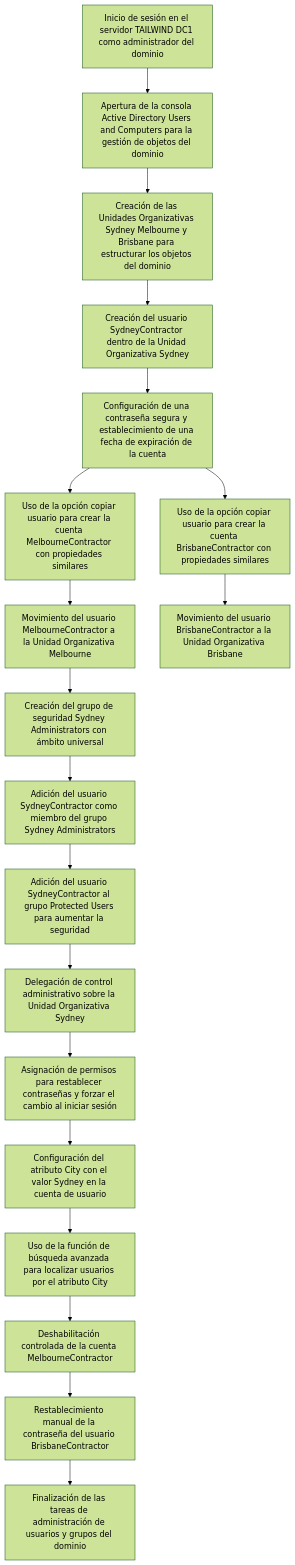
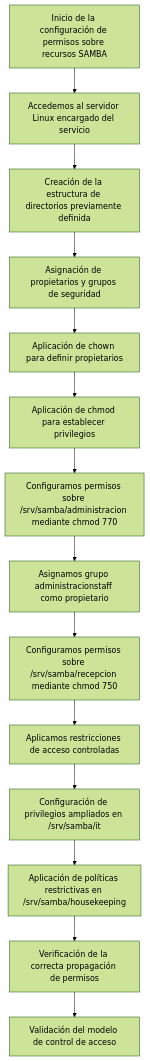
Before and after one commit to lidnavlop/SMR2-SOR-HOTEL_VALENCLOUD: the third of 8 diagrams in Proyecto guiado (Lidia Navarro).md, drawn with Mermaid (forest theme). The commit also changed other lines of this file, not shown here.

First line of the commit message:
PROYECTO SAMBA

````diff
--- a/Proyecto guiado (Lidia Navarro).md
+++ b/Proyecto guiado (Lidia Navarro).md
@@ -46,32 +44,21 @@
 ```mermaid
 flowchart TD
-    A[Inicio de sesión en el servidor TAILWIND DC1 como administrador del dominio] --> B[Apertura de la consola Active Directory Users and Computers para la gestión de objetos del dominio]
+    A[Inicio de la configuración de permisos sobre recursos SAMBA] --> B[Accedemos al servidor Linux encargado del servicio]
+    B --> C[Creación de la estructura de directorios previamente definida]
+    C --> D[Asignación de propietarios y grupos de seguridad]
 
-    B --> C[Creación de las Unidades Organizativas Sydney Melbourne y Brisbane para estructurar los objetos del dominio]
-    
-    C --> D[Creación del usuario SydneyContractor dentro de la Unidad Organizativa Sydney]
-    D --> E[Configuración de una contraseña segura y establecimiento de una fecha de expiración de la cuenta]
+    D --> E[Aplicación de chown para definir propietarios]
+    E --> F[Aplicación de chmod para establecer privilegios]
 
-    E --> F[Uso de la opción copiar usuario para crear la cuenta MelbourneContractor con propiedades similares]
-    E --> G[Uso de la opción copiar usuario para crear la cuenta BrisbaneContractor con propiedades similares]
+    F --> G[Configuramos permisos sobre /srv/samba/administracion mediante chmod 770]
+    G --> H[Asignamos grupo administracionstaff como propietario]
 
-    F --> H[Movimiento del usuario MelbourneContractor a la Unidad Organizativa Melbourne]
-    G --> I[Movimiento del usuario BrisbaneContractor a la Unidad Organizativa Brisbane]
+    H --> I[Configuramos permisos sobre /srv/samba/recepcion mediante chmod 750]
+    I --> J[Aplicamos restricciones de acceso controladas]
 
-    H --> J[Creación del grupo de seguridad Sydney Administrators con ámbito universal]
-    J --> K[Adición del usuario SydneyContractor como miembro del grupo Sydney Administrators]
+    J --> K[Configuración de privilegios ampliados en /srv/samba/it]
+    K --> L[Aplicación de políticas restrictivas en /srv/samba/housekeeping]
 
-    K --> L[Adición del usuario SydneyContractor al grupo Protected Users para aumentar la seguridad]
-    
-    L --> M[Delegación de control administrativo sobre la Unidad Organizativa Sydney]
-    M --> N[Asignación de permisos para restablecer contraseñas y forzar el cambio al iniciar sesión]
-
-    N --> O[Configuración del atributo City con el valor Sydney en la cuenta de usuario]
-    O --> P[Uso de la función de búsqueda avanzada para localizar usuarios por el atributo City]
-
-    P --> Q[Deshabilitación controlada de la cuenta MelbourneContractor]
-    Q --> R[Restablecimiento manual de la contraseña del usuario BrisbaneContractor]
-
-    R --> S[Finalización de las tareas de administración de usuarios y grupos del dominio]
-
+    L --> M[Verificación de la correcta propagación de permisos]
+    M --> N[Validación del modelo de control de acceso]
 ```
````
